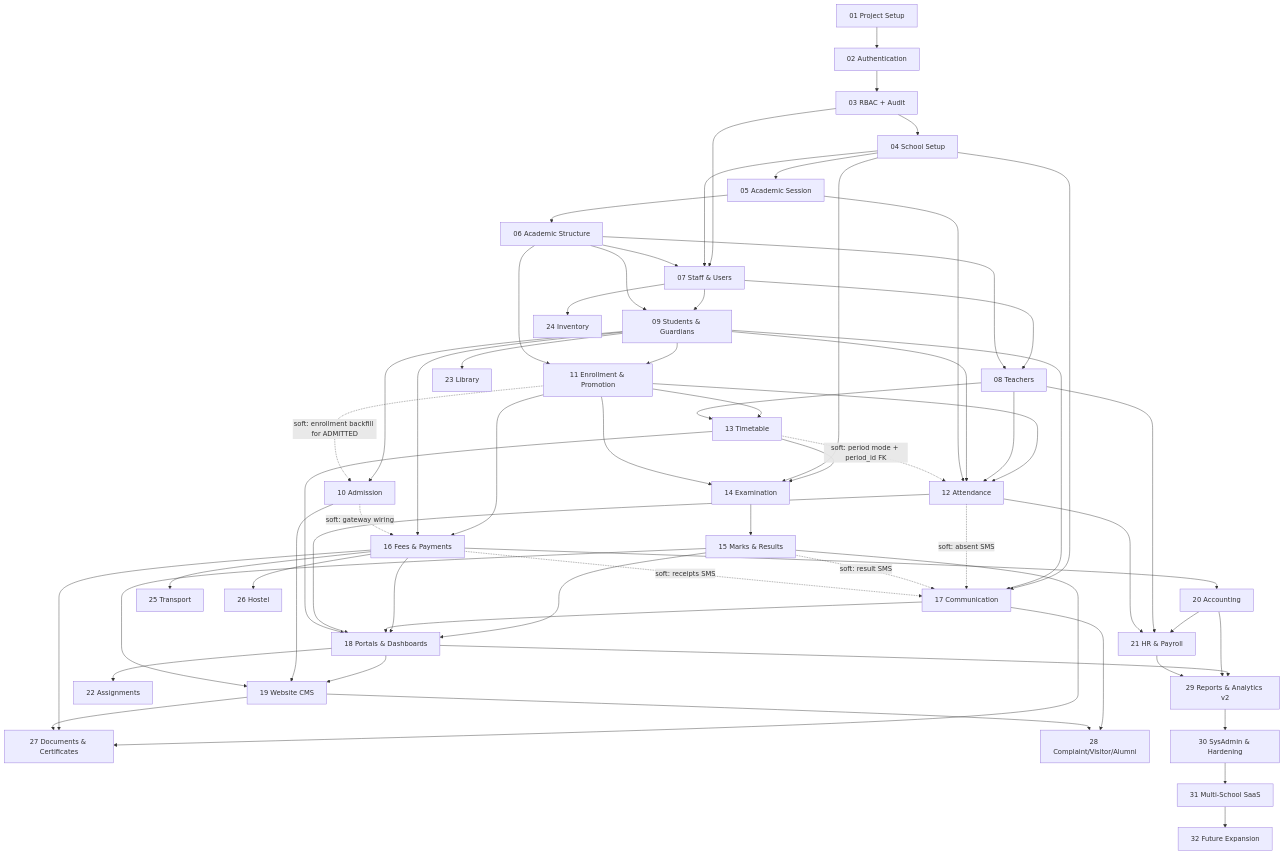
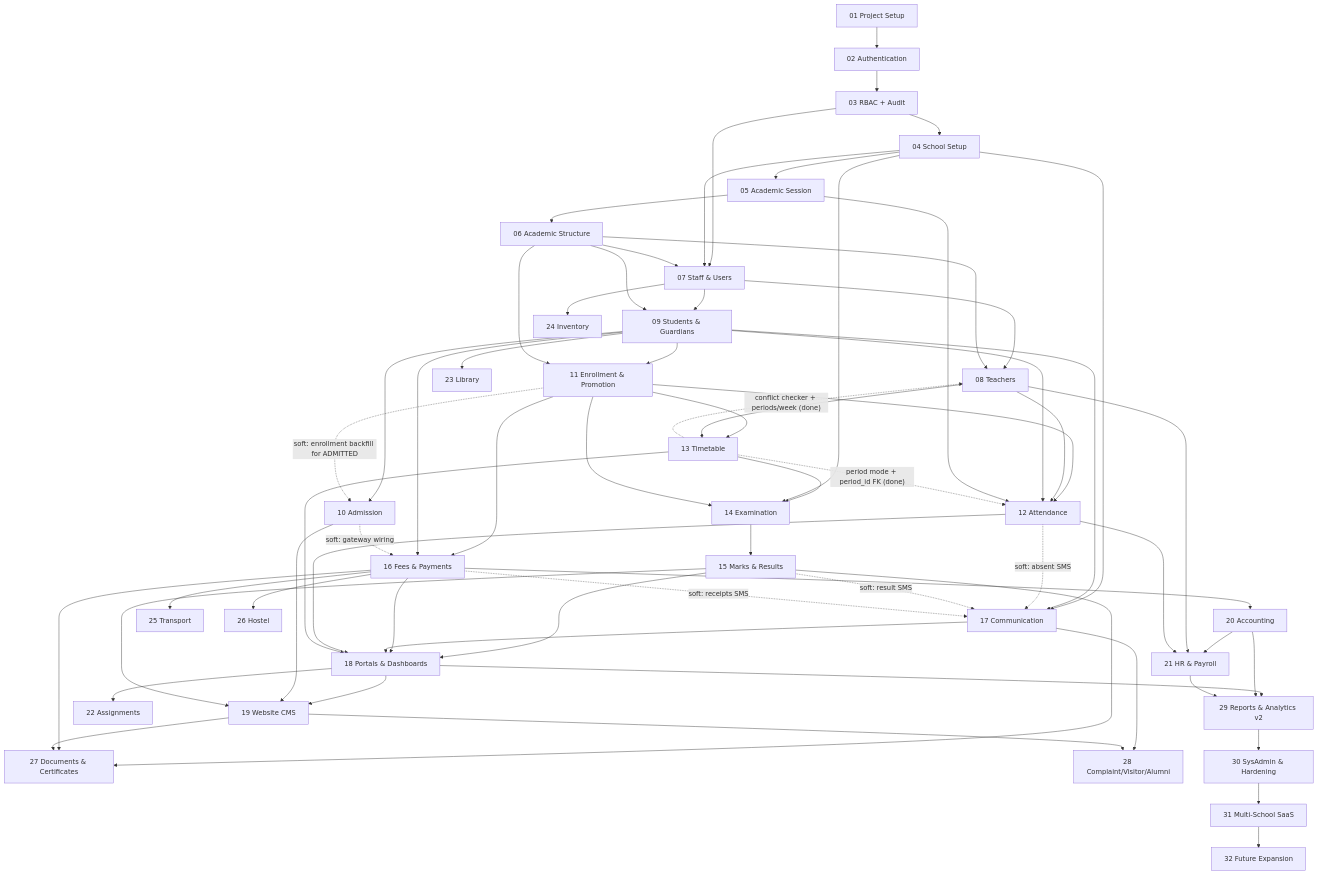
The diagram in MODULE_DEPENDENCIES.md (returnhexofficial-cmd/HexSchool), drawn with Mermaid before and after one commit. The commit also changed other lines of this file and 63 other files, not shown here.

````diff
--- a/MODULE_DEPENDENCIES.md
+++ b/MODULE_DEPENDENCIES.md
@@ -8,66 +8,67 @@
 ```mermaid
 graph TD
     M01[01 Project Setup] --> M02[02 Authentication]
     M02 --> M03[03 RBAC + Audit]
     M03 --> M04[04 School Setup]
     M04 --> M05[05 Academic Session]
     M05 --> M06[06 Academic Structure]
     M03 --> M07[07 Staff & Users]
     M04 --> M07
     M06 --> M07
     M07 --> M08[08 Teachers]
     M06 --> M08
     M07 --> M09[09 Students & Guardians]
     M06 --> M09
     M09 --> M10[10 Admission]
     M09 --> M11[11 Enrollment & Promotion]
     M06 --> M11
     M11 -. soft: enrollment backfill for ADMITTED .-> M10
     M11 --> M12[12 Attendance]
     M08 --> M12
     M09 --> M12
     M05 --> M12
-    M13 -. soft: period mode + period_id FK .-> M12
+    M13 -. period mode + period_id FK (done) .-> M12
+    M13 -. conflict checker + periods/week (done) .-> M08
     M11 --> M13[13 Timetable]
     M08 --> M13
     M13 --> M14[14 Examination]
     M04 --> M14
     M11 --> M14
     M14 --> M15[15 Marks & Results]
     M11 --> M16[16 Fees & Payments]
     M09 --> M16
     M04 --> M17[17 Communication]
     M09 --> M17
     M12 -. soft: absent SMS .-> M17
     M15 -. soft: result SMS .-> M17
     M16 -. soft: receipts SMS .-> M17
     M10 -. soft: gateway wiring .-> M16
     M15 --> M18[18 Portals & Dashboards]
     M16 --> M18
     M17 --> M18
     M12 --> M18
     M13 --> M18
     M18 --> M19[19 Website CMS]
     M10 --> M19
     M15 --> M19
     M16 --> M20[20 Accounting]
     M20 --> M21[21 HR & Payroll]
     M08 --> M21
     M12 --> M21
     M18 --> M22[22 Assignments]
     M09 --> M23[23 Library]
     M07 --> M24[24 Inventory]
     M16 --> M25[25 Transport]
     M16 --> M26[26 Hostel]
     M15 --> M27[27 Documents & Certificates]
     M16 --> M27
     M19 --> M27
     M17 --> M28[28 Complaint/Visitor/Alumni]
     M19 --> M28
     M18 --> M29[29 Reports & Analytics v2]
     M20 --> M29
     M21 --> M29
     M29 --> M30[30 SysAdmin & Hardening]
     M30 --> M31[31 Multi-School SaaS]
     M31 --> M32[32 Future Expansion]
 ```
````
